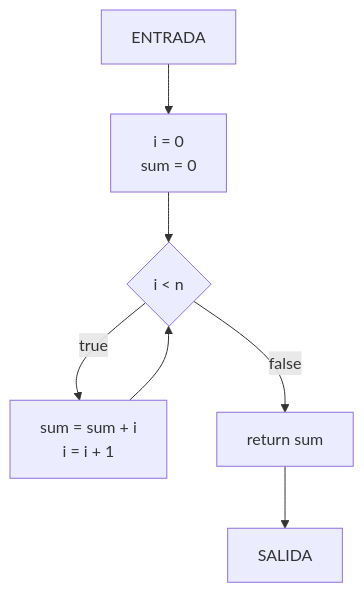
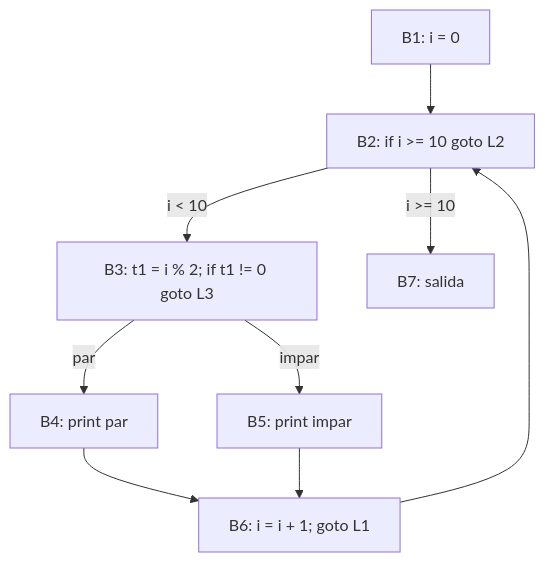
The third of 3 diagrams in public/documents/semester-7/1/7152.md (djaimej/computer-science-template), drawn with Mermaid before and after one commit. The commit also changed other lines of this file and 5 other files, not shown here.

````diff
--- a/public/documents/semester-7/1/7152.md
+++ b/public/documents/semester-7/1/7152.md
@@ -97,9 +622,11 @@
 ```mermaid
 flowchart TD
-    A[ENTRADA] --> B["i = 0<br>sum = 0"]
-    B --> C{"i < n"}
-    C -->|true| D["sum = sum + i<br>i = i + 1"]
-    D --> C
-    C -->|false| E["return sum"]
-    E --> F[SALIDA]
+    B1["B1: i = 0"] --> B2["B2: if i >= 10 goto L2"]
+    B2 -->|"i < 10"| B3["B3: t1 = i % 2; if t1 != 0 goto L3"]
+    B2 -->|"i >= 10"| B7["B7: salida"]
+    B3 -->|"par"| B4["B4: print par"]
+    B3 -->|"impar"| B5["B5: print impar"]
+    B4 --> B6["B6: i = i + 1; goto L1"]
+    B5 --> B6
+    B6 --> B2
 ```
````
